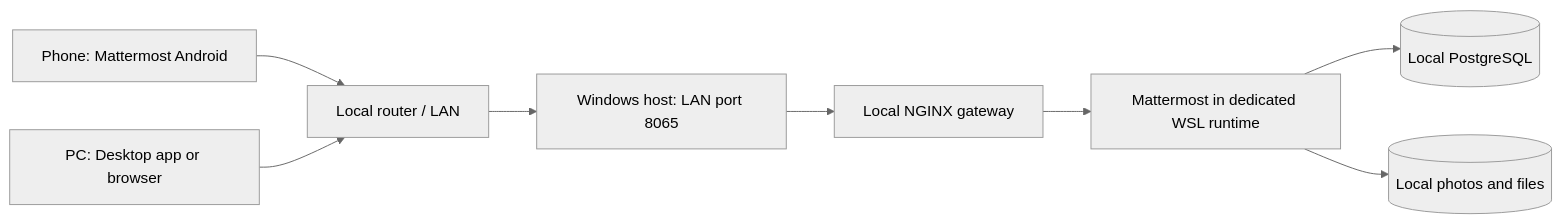
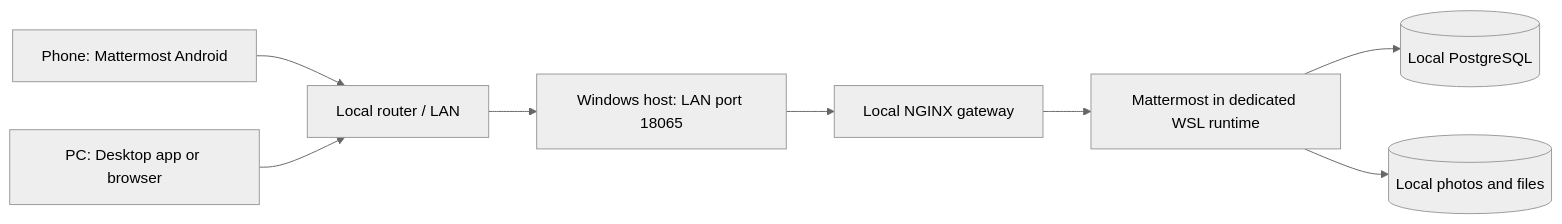
The diagram in README.md (almuzahidseyam/bartalan), drawn with Mermaid (neutral theme) before and after one commit. The commit also changed other lines of this file and 12 other files, not shown here.

Commit message:
Avoid Windows reserved ports and verify LAN forwarding

````diff
--- a/README.md
+++ b/README.md
@@ -20,10 +20,10 @@
 ```mermaid
 flowchart LR
     A[Phone: Mattermost Android] --> R[Local router / LAN]
     B[PC: Desktop app or browser] --> R
-    R --> W[Windows host: LAN port 8065]
+    R --> W[Windows host: LAN port 18065]
     W --> G[Local NGINX gateway]
     G --> M[Mattermost in dedicated WSL runtime]
     M --> D[(Local PostgreSQL)]
     M --> F[(Local photos and files)]
 ```
````
